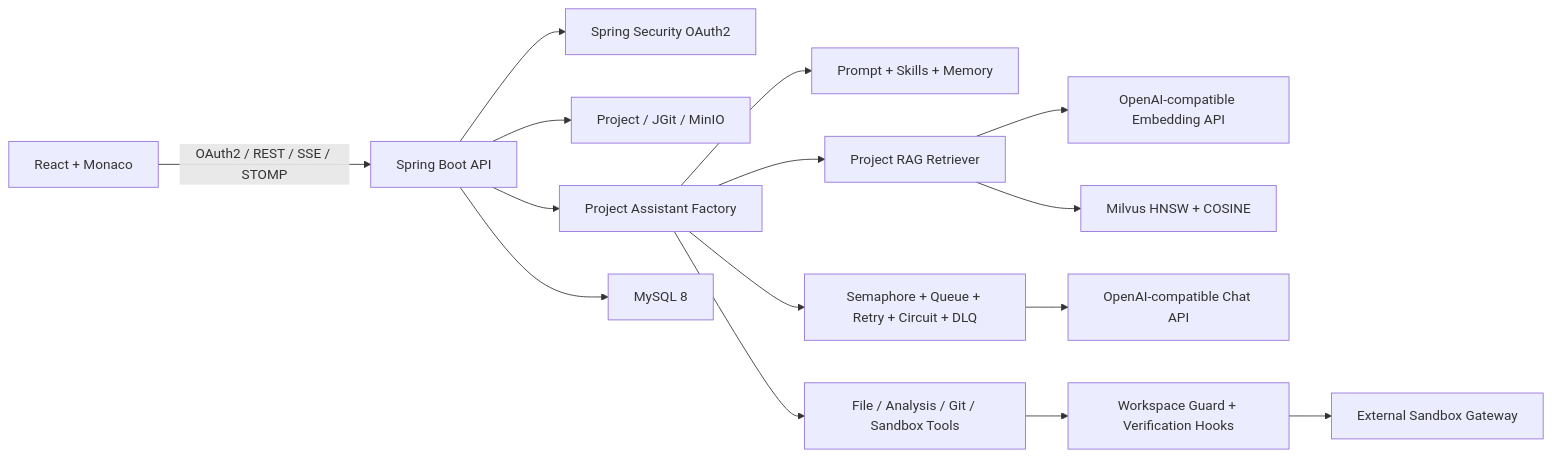
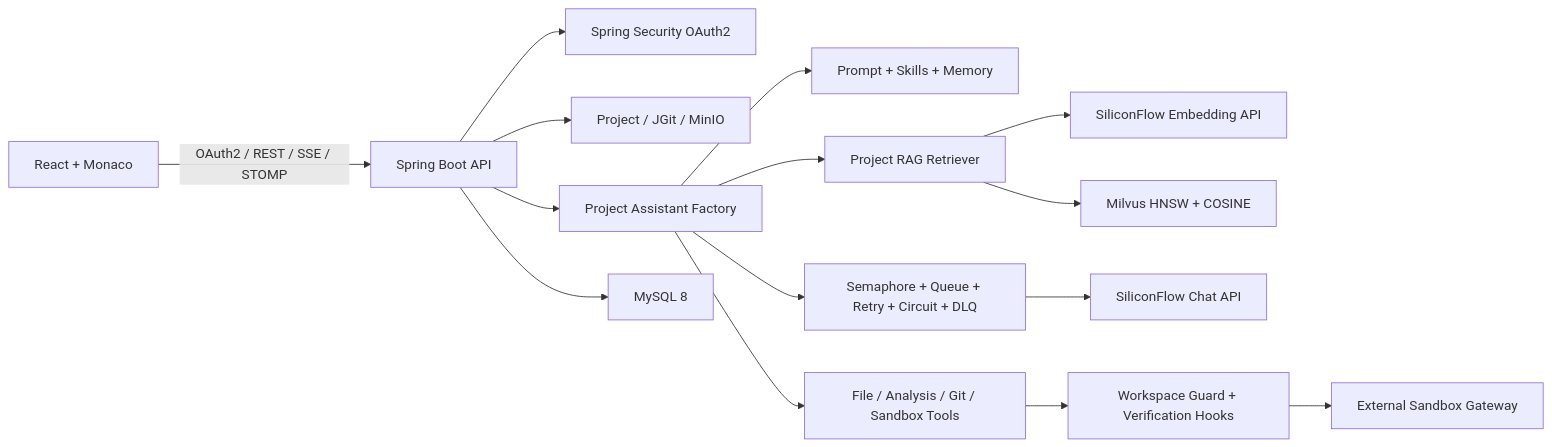
Before and after one commit to jjws2001/AI_Coding-project: the diagram in README.md, drawn with Mermaid. The commit also changed other lines of this file and 8 other files, not shown here.

Commit message:
feat: configure SiliconFlow embeddings

````diff
--- a/README.md
+++ b/README.md
@@ -16,17 +16,17 @@
 ```mermaid
 flowchart LR
     UI["React + Monaco"] -->|OAuth2 / REST / SSE / STOMP| API["Spring Boot API"]
     API --> AUTH["Spring Security OAuth2"]
     API --> PROJECT["Project / JGit / MinIO"]
     API --> FACTORY["Project Assistant Factory"]
     FACTORY --> PROMPT["Prompt + Skills + Memory"]
     FACTORY --> RAG["Project RAG Retriever"]
     FACTORY --> TOOLS["File / Analysis / Git / Sandbox Tools"]
-    RAG --> EMB["OpenAI-compatible Embedding API"]
+    RAG --> EMB["SiliconFlow Embedding API"]
     RAG --> MILVUS["Milvus HNSW + COSINE"]
     FACTORY --> QUEUE["Semaphore + Queue + Retry + Circuit + DLQ"]
-    QUEUE --> LLM["OpenAI-compatible Chat API"]
+    QUEUE --> LLM["SiliconFlow Chat API"]
     TOOLS --> HARNESS["Workspace Guard + Verification Hooks"]
     HARNESS --> SANDBOX["External Sandbox Gateway"]
     API --> MYSQL["MySQL 8"]
 ```
````
